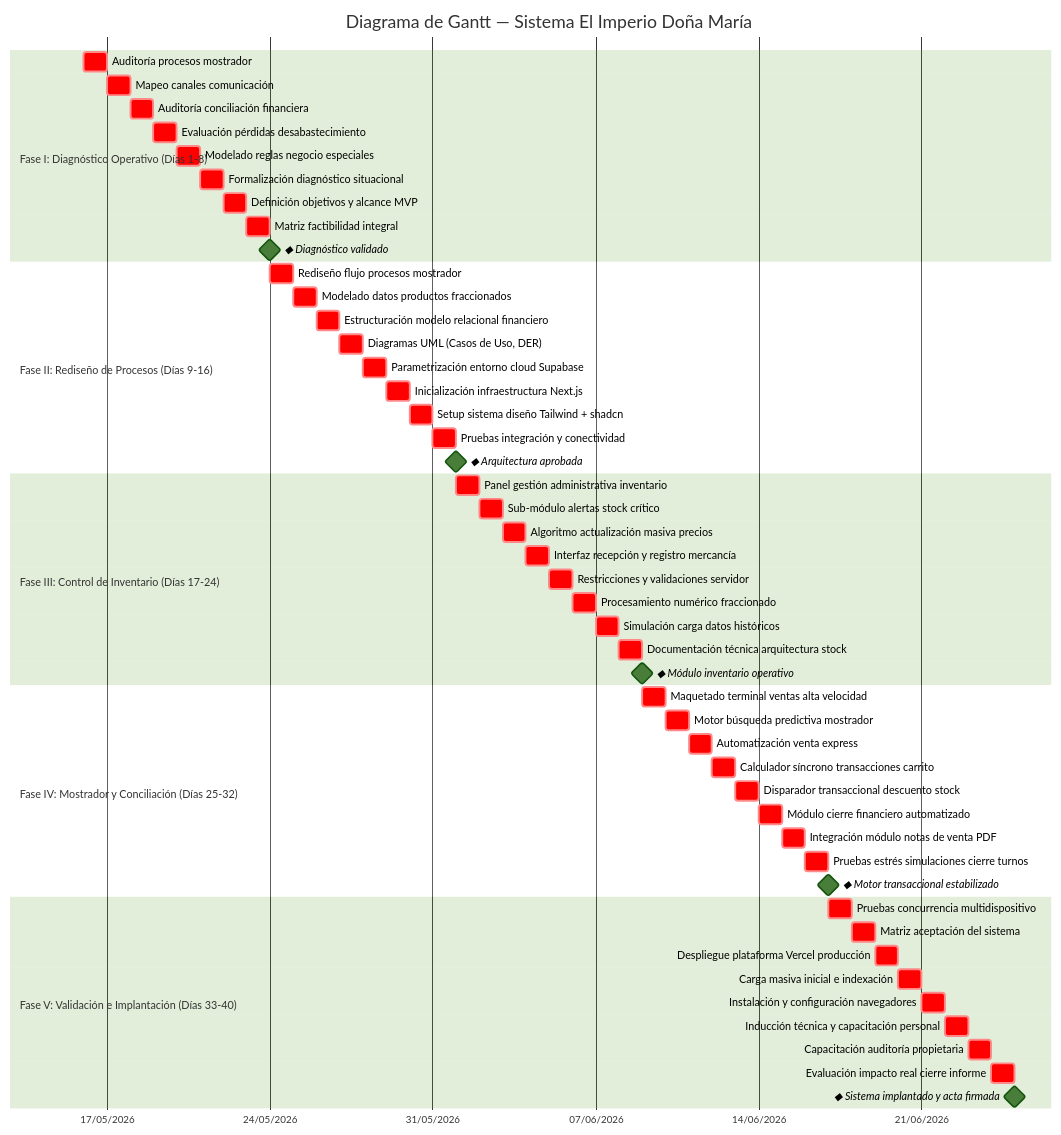
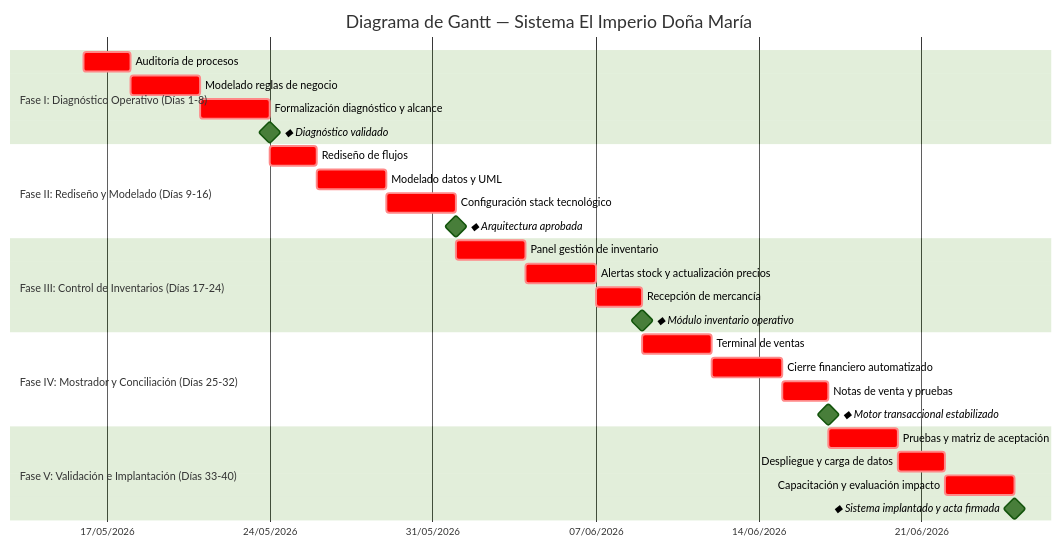
The diagram in docs/diagrams/gantt-plantuml.md (Deadflight/dona-maria-erp), drawn with Mermaid (forest theme) before and after one commit. The commit also changed 1 other file, not shown here.

Commit message:
docs(metodologia): declarar SDD como proceso de desarrollo y simplificar Gantt
- Agregar seccion 3.8 con definicion, ciclo de vida, fases,
  artefactos, evidencia y roles de SDD
- Simplificar diagrama Gantt de 40 tareas a 15 tareas agrupadas
  en 5 fases (3 por fase) con sus hitos
- Actualizar tabla de correspondencia con columna Fase SDD
- Actualizar resumen y referencias en secciones 3.6 y 3.7

````diff
--- a/docs/diagrams/gantt-plantuml.md
+++ b/docs/diagrams/gantt-plantuml.md
@@ -7,63 +7,38 @@
 ```mermaid
 gantt
     title Diagrama de Gantt — Sistema El Imperio Doña María
     dateFormat YYYY-MM-DD
     axisFormat %d/%m/%Y
     tickInterval 1week
     weekend saturday
 
     section Fase I: Diagnóstico Operativo (Días 1-8)
-    Auditoría procesos mostrador :crit, a1, 2026-05-16, 1d
-    Mapeo canales comunicación :crit, a2, after a1, 1d
-    Auditoría conciliación financiera :crit, a3, after a2, 1d
-    Evaluación pérdidas desabastecimiento :crit, a4, after a3, 1d
-    Modelado reglas negocio especiales :crit, a5, after a4, 1d
-    Formalización diagnóstico situacional :crit, a6, after a5, 1d
-    Definición objetivos y alcance MVP :crit, a7, after a6, 1d
-    Matriz factibilidad integral :crit, a8, after a7, 1d
-    ◆ Diagnóstico validado :milestone, m1, after a8, 0d
+    Auditoría de procesos :crit, f1a, 2026-05-16, 2d
+    Modelado reglas de negocio :crit, f1b, after f1a, 3d
+    Formalización diagnóstico y alcance :crit, f1c, after f1b, 3d
+    ◆ Diagnóstico validado :milestone, m1, after f1c, 0d
 
-    section Fase II: Rediseño de Procesos (Días 9-16)
-    Rediseño flujo procesos mostrador :crit, a9, after m1, 1d
-    Modelado datos productos fraccionados :crit, a10, after a9, 1d
-    Estructuración modelo relacional financiero :crit, a11, after a10, 1d
-    Diagramas UML (Casos de Uso, DER) :crit, a12, after a11, 1d
-    Parametrización entorno cloud Supabase :crit, a13, after a12, 1d
-    Inicialización infraestructura Next.js :crit, a14, after a13, 1d
-    Setup sistema diseño Tailwind + shadcn :crit, a15, after a14, 1d
-    Pruebas integración y conectividad :crit, a16, after a15, 1d
-    ◆ Arquitectura aprobada :milestone, m2, after a16, 0d
+    section Fase II: Rediseño y Modelado (Días 9-16)
+    Rediseño de flujos :crit, f2a, after m1, 2d
+    Modelado datos y UML :crit, f2b, after f2a, 3d
+    Configuración stack tecnológico :crit, f2c, after f2b, 3d
+    ◆ Arquitectura aprobada :milestone, m2, after f2c, 0d
 
-    section Fase III: Control de Inventario (Días 17-24)
-    Panel gestión administrativa inventario :crit, a17, after m2, 1d
-    Sub-módulo alertas stock crítico :crit, a18, after a17, 1d
-    Algoritmo actualización masiva precios :crit, a19, after a18, 1d
-    Interfaz recepción y registro mercancía :crit, a20, after a19, 1d
-    Restricciones y validaciones servidor :crit, a21, after a20, 1d
-    Procesamiento numérico fraccionado :crit, a22, after a21, 1d
-    Simulación carga datos históricos :crit, a23, after a22, 1d
-    Documentación técnica arquitectura stock :crit, a24, after a23, 1d
-    ◆ Módulo inventario operativo :milestone, m3, after a24, 0d
+    section Fase III: Control de Inventarios (Días 17-24)
+    Panel gestión de inventario :crit, f3a, after m2, 3d
+    Alertas stock y actualización precios :crit, f3b, after f3a, 3d
+    Recepción de mercancía :crit, f3c, after f3b, 2d
+    ◆ Módulo inventario operativo :milestone, m3, after f3c, 0d
 
     section Fase IV: Mostrador y Conciliación (Días 25-32)
-    Maquetado terminal ventas alta velocidad :crit, a25, after m3, 1d
-    Motor búsqueda predictiva mostrador :crit, a26, after a25, 1d
-    Automatización venta express :crit, a27, after a26, 1d
-    Calculador síncrono transacciones carrito :crit, a28, after a27, 1d
-    Disparador transaccional descuento stock :crit, a29, after a28, 1d
-    Módulo cierre financiero automatizado :crit, a30, after a29, 1d
-    Integración módulo notas de venta PDF :crit, a31, after a30, 1d
-    Pruebas estrés simulaciones cierre turnos :crit, a32, after a31, 1d
-    ◆ Motor transaccional estabilizado :milestone, m4, after a32, 0d
+    Terminal de ventas :crit, f4a, after m3, 3d
+    Cierre financiero automatizado :crit, f4b, after f4a, 3d
+    Notas de venta y pruebas :crit, f4c, after f4b, 2d
+    ◆ Motor transaccional estabilizado :milestone, m4, after f4c, 0d
 
     section Fase V: Validación e Implantación (Días 33-40)
-    Pruebas concurrencia multidispositivo :crit, a33, after m4, 1d
-    Matriz aceptación del sistema :crit, a34, after a33, 1d
-    Despliegue plataforma Vercel producción :crit, a35, after a34, 1d
-    Carga masiva inicial e indexación :crit, a36, after a35, 1d
-    Instalación y configuración navegadores :crit, a37, after a36, 1d
-    Inducción técnica y capacitación personal :crit, a38, after a37, 1d
-    Capacitación auditoría propietaria :crit, a39, after a38, 1d
-    Evaluación impacto real cierre informe :crit, a40, after a39, 1d
-    ◆ Sistema implantado y acta firmada :milestone, m5, after a40, 0d
+    Pruebas y matriz de aceptación :crit, f5a, after m4, 3d
+    Despliegue y carga de datos :crit, f5b, after f5a, 2d
+    Capacitación y evaluación impacto :crit, f5c, after f5b, 3d
+    ◆ Sistema implantado y acta firmada :milestone, m5, after f5c, 0d
 ```
````
